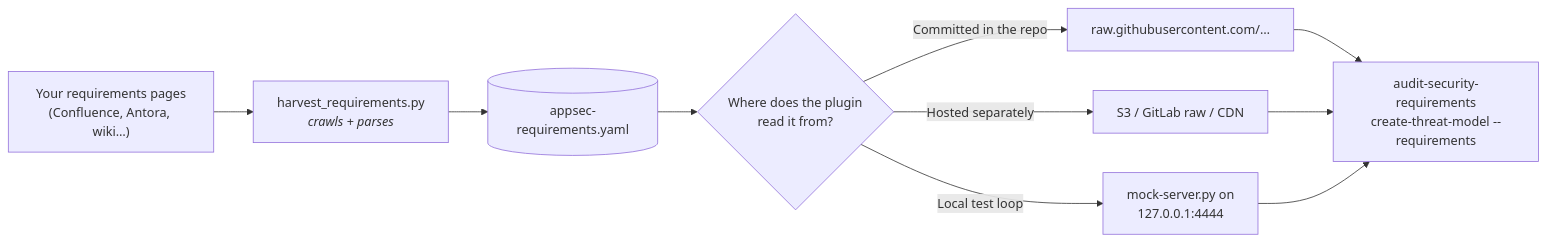
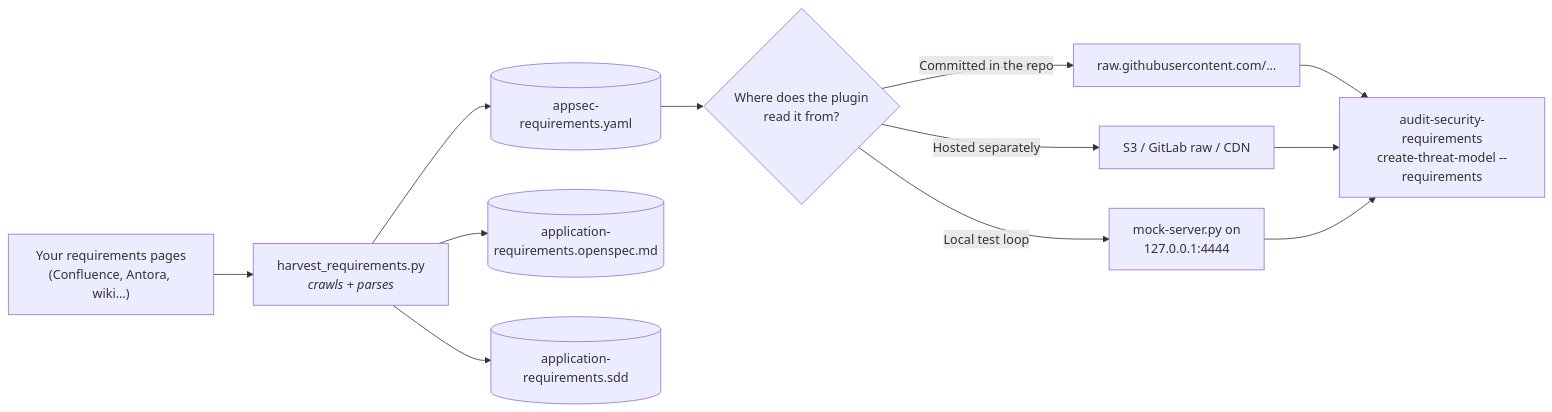
One commit to appsec-foundry/appsec-analyzer changed the diagram in docs/harvester.md. Above: the diagram before and after it, drawn with Mermaid. The commit also changed other lines of this file and 7 other files, not shown here.

````diff
--- a/docs/harvester.md
+++ b/docs/harvester.md
@@ -7,12 +7,14 @@
 ```mermaid
 flowchart LR
     A["Your requirements pages<br/>(Confluence, Antora, wiki…)"] --> B["harvest_requirements.py<br/><i>crawls + parses</i>"]
     B --> C[("appsec-requirements.yaml")]
+    B --> I[("application-requirements.openspec.md")]
+    B --> J[("application-requirements.sdd")]
     C --> D{"Where does the plugin<br/>read it from?"}
     D -->|"Committed in the repo"| E["raw.githubusercontent.com/…"]
     D -->|"Hosted separately"| F["S3 / GitLab raw / CDN"]
     D -->|"Local test loop"| G["mock-server.py on<br/>127.0.0.1:4444"]
     E --> H["audit-security-requirements<br/>create-threat-model --requirements"]
     F --> H
     G --> H
 ```
````
